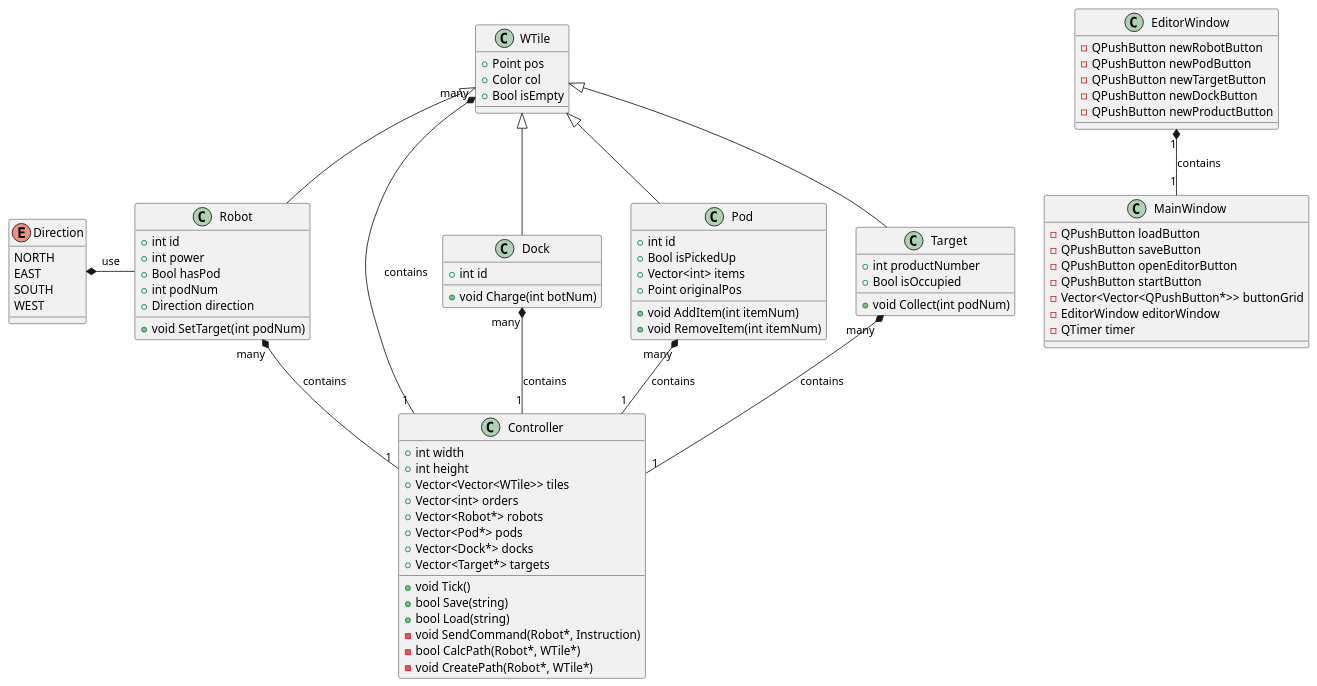
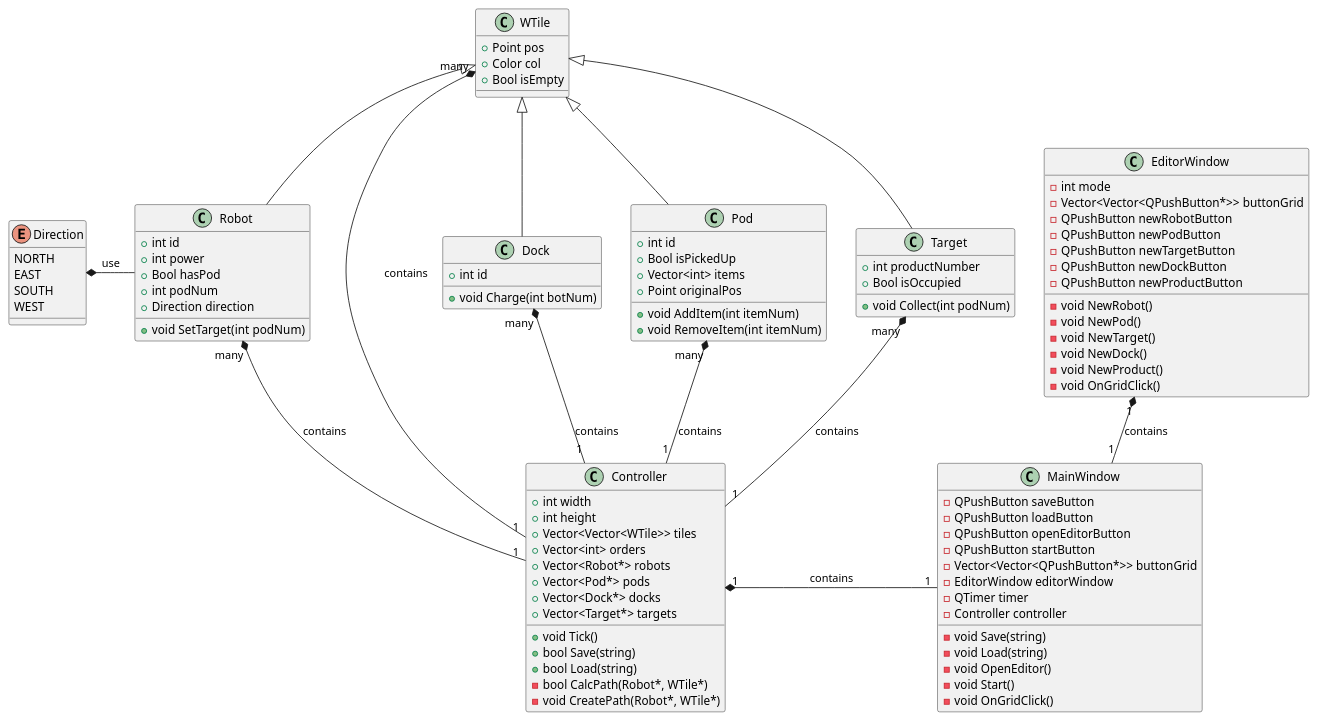
The diagram in docs/uml.md (falcon-fx/warehouse-sim), drawn with PlantUML before and after one commit.

````diff
--- a/docs/uml.md
+++ b/docs/uml.md
@@ -51,7 +51,6 @@
     + void Tick()
     + bool Save(string)
     + bool Load(string)
-    - void SendCommand(Robot*, Instruction)
     - bool CalcPath(Robot*, WTile*)
     - void CreatePath(Robot*, WTile*)
 }
@@ -65,22 +64,37 @@
 Direction *- Robot : use
 
 Class MainWindow {
+    - QPushButton saveButton
     - QPushButton loadButton
-    - QPushButton saveButton
     - QPushButton openEditorButton
     - QPushButton startButton
     - Vector<Vector<QPushButton*>> buttonGrid
     - EditorWindow editorWindow
     - QTimer timer
+    - Controller controller
+    - void Save(string)
+    - void Load(string)
+    - void OpenEditor()
+    - void Start()
+    - void OnGridClick()
 }
 
 EditorWindow "1" *-- "1" MainWindow : contains
+Controller "1" *- "1" MainWindow : contains
 
 Class EditorWindow {
+    - int mode
+    - Vector<Vector<QPushButton*>> buttonGrid
     - QPushButton newRobotButton
     - QPushButton newPodButton
     - QPushButton newTargetButton
     - QPushButton newDockButton
     - QPushButton newProductButton
+    - void NewRobot()
+    - void NewPod()
+    - void NewTarget()
+    - void NewDock()
+    - void NewProduct()
+    - void OnGridClick()
 }
 ```
````
